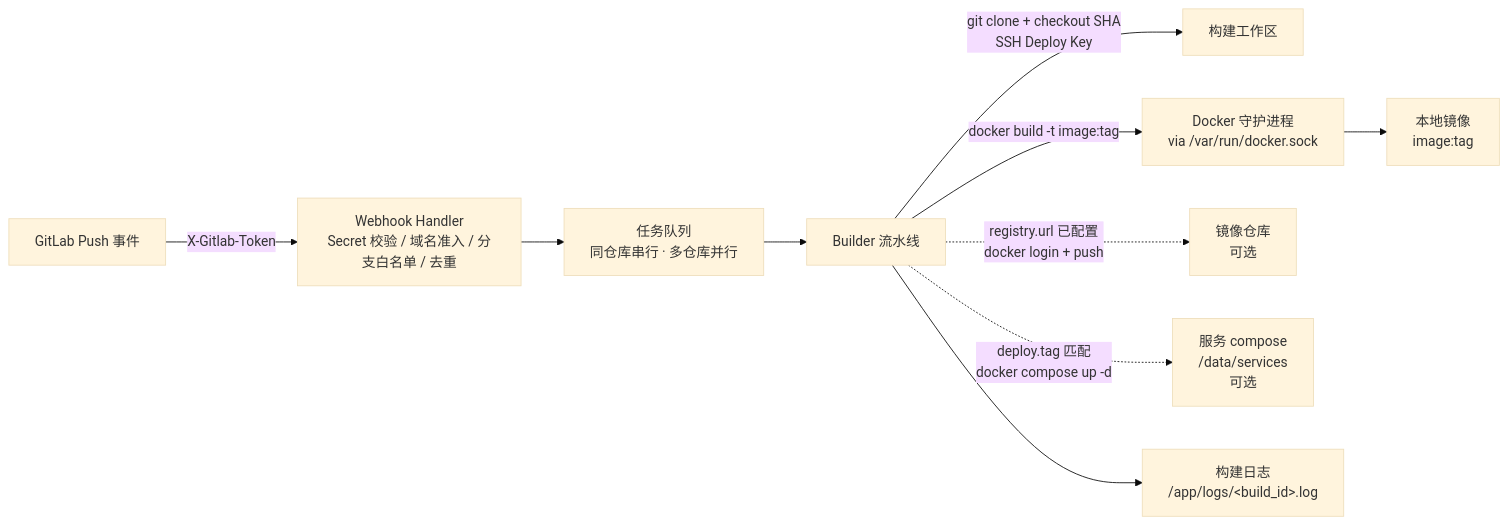
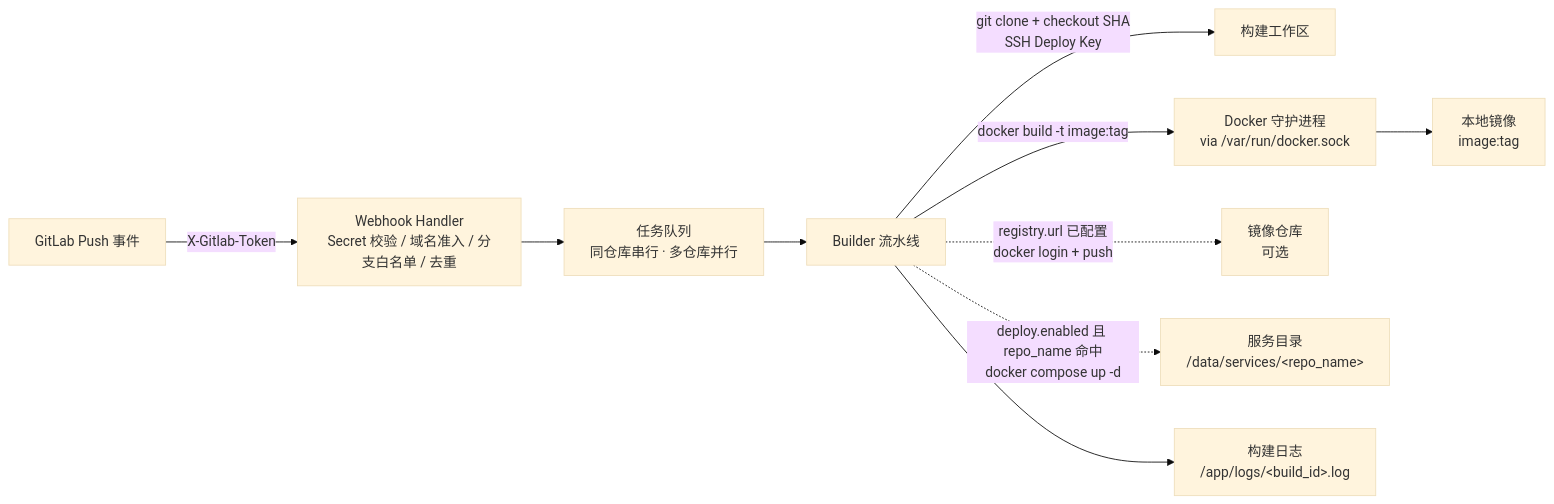
One commit to ops-cy/code-builder changed the diagram in README.md. Above: the diagram before and after it, drawn with Mermaid (base theme). The commit also changed other lines of this file and 36 other files, not shown here.

````diff
--- a/README.md
+++ b/README.md
@@ -25,12 +26,12 @@
 ```mermaid
 flowchart LR
     GL[GitLab Push 事件] -->|X-Gitlab-Token| WH[Webhook Handler<br/>Secret 校验 / 域名准入 / 分支白名单 / 去重]
     WH --> Q[任务队列<br/>同仓库串行 · 多仓库并行]
     Q --> B[Builder 流水线]
     B -->|git clone + checkout SHA<br/>SSH Deploy Key| GC[构建工作区]
     B -->|docker build -t image:tag| DK[Docker 守护进程<br/>via /var/run/docker.sock]
     DK --> IMG[本地镜像<br/>image:tag]
     B -.->|registry.url 已配置<br/>docker login + push| REG[镜像仓库<br/>可选]
-    B -.->|deploy.tag 匹配<br/>docker compose up -d| DEP[服务 compose<br/>/data/services<br/>可选]
+    B -.->|deploy.enabled 且 repo_name 命中<br/>docker compose up -d| SVC[服务目录<br/>/data/services/&lt;repo_name&gt;]
     B --> L[构建日志<br/>/app/logs/&lt;build_id&gt;.log]
 ```
````
